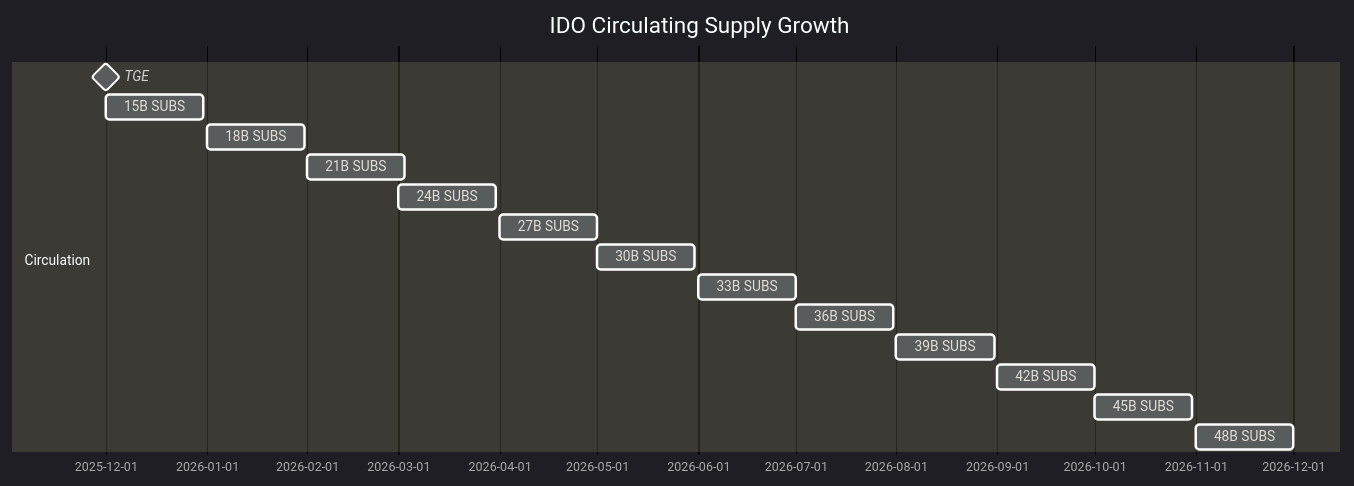
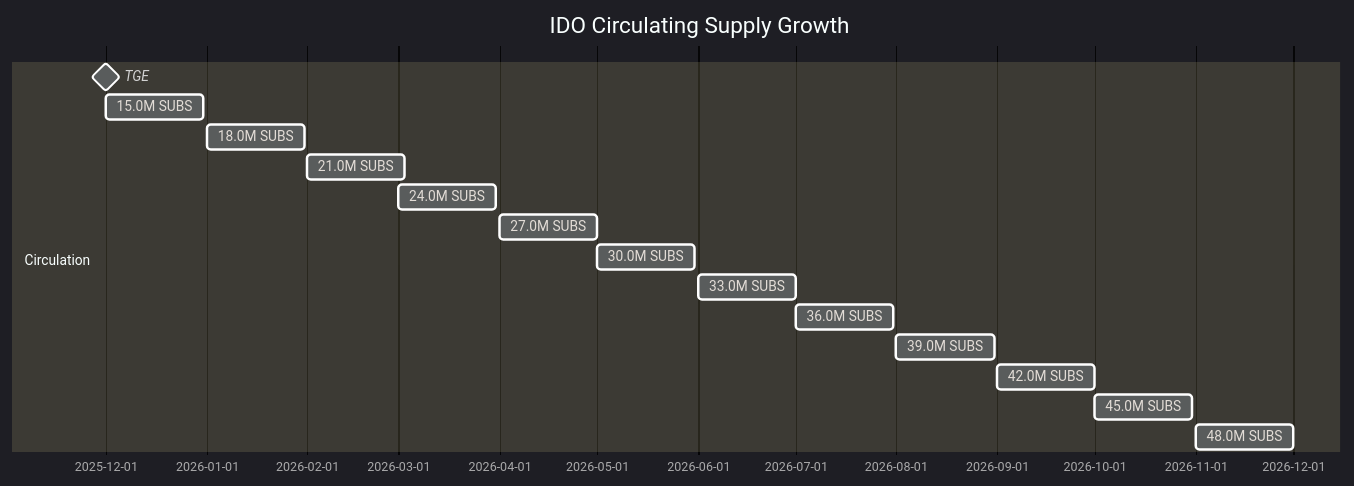
One commit to Subscrypts/Docs changed the second of 2 diagrams in subscrypts/07-publicSale.md. Above: the diagram before and after it, drawn with Mermaid. The commit also changed other lines of this file, not shown here.

````diff
--- a/subscrypts/07-publicSale.md
+++ b/subscrypts/07-publicSale.md
@@ -80,20 +80,20 @@
 ```mermaid
 %%{init: {"theme": "dark", "themeVariables": {"background": "transparent"}}}%%
 gantt
     dateFormat  YYYY-MM
     title IDO Circulating Supply Growth
     section Circulation
     TGE: milestone, 2025-12, 0d
-    15B SUBS: 2025-12, 30d
-    18B SUBS: 2026-01, 30d
-    21B SUBS: 2026-02, 30d
-    24B SUBS: 2026-03, 30d
-    27B SUBS: 2026-04, 30d
-    30B SUBS: 2026-05, 30d
-    33B SUBS: 2026-06, 30d
-    36B SUBS: 2026-07, 30d
-    39B SUBS: 2026-08, 30d
-    42B SUBS: 2026-09, 30d
-    45B SUBS: 2026-10, 30d
-    48B SUBS: 2026-11, 30d
+    15.0M SUBS: 2025-12, 30d
+    18.0M SUBS: 2026-01, 30d
+    21.0M SUBS: 2026-02, 30d
+    24.0M SUBS: 2026-03, 30d
+    27.0M SUBS: 2026-04, 30d
+    30.0M SUBS: 2026-05, 30d
+    33.0M SUBS: 2026-06, 30d
+    36.0M SUBS: 2026-07, 30d
+    39.0M SUBS: 2026-08, 30d
+    42.0M SUBS: 2026-09, 30d
+    45.0M SUBS: 2026-10, 30d
+    48.0M SUBS: 2026-11, 30d
 ```
````
